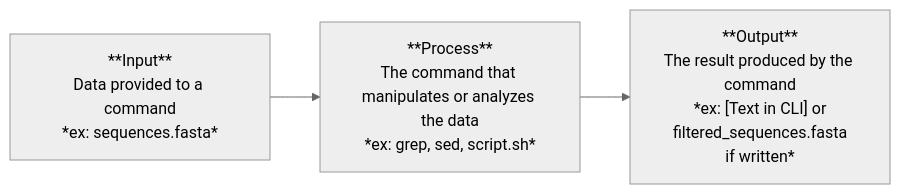
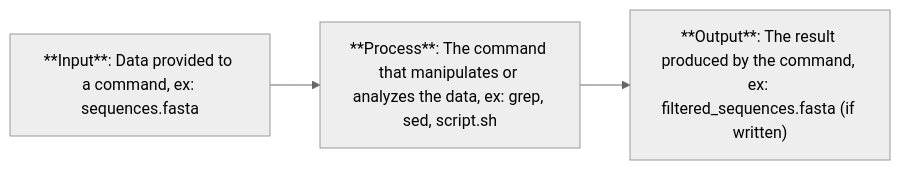
One commit to n2bin-GU/BIO511-2026 changed the diagram in practicals/Practicals - CLI/PRACTICAL_INTRO_TO_COMMAND_LINE.qmd. Above: the diagram before and after it, drawn with Mermaid (neutral theme). The commit also changed 4 other files, not shown here.

````diff
--- a/practicals/Practicals - CLI/PRACTICAL_INTRO_TO_COMMAND_LINE.qmd
+++ b/practicals/Practicals - CLI/PRACTICAL_INTRO_TO_COMMAND_LINE.qmd
@@ -378,9 +378,9 @@
 ```{mermaid}
 flowchart LR
-    A["**Input**<br />Data provided to a command<br />*ex: sequences.fasta*"]
-    B["**Process**<br />The command that manipulates or analyzes the data<br />*ex: grep, sed, script.sh*"]
-    C["**Output**<br />The result produced by the command<br />*ex: [Text in CLI] or<br />filtered_sequences.fasta<br />if written*"]
+    A["**Input**: Data provided to a command, ex: sequences.fasta"]
+    B["**Process**: The command that manipulates or analyzes the data, ex: grep, sed, script.sh"]
+    C["**Output**: The result produced by the command, ex: filtered_sequences.fasta (if written)"]
 
     A --> B
     B --> C
 ```
````
